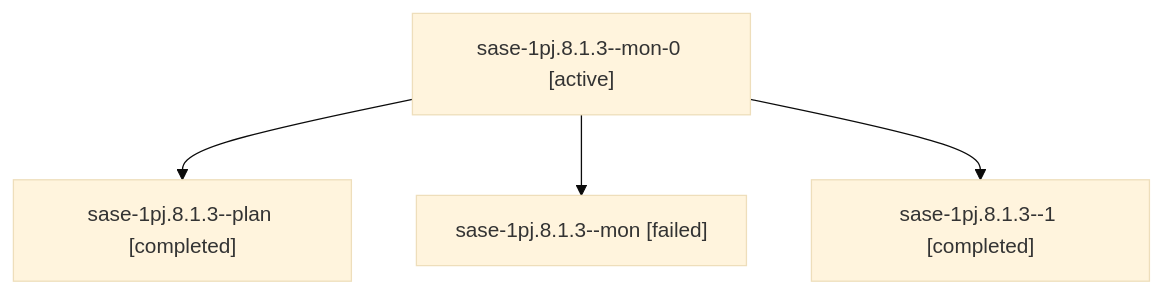
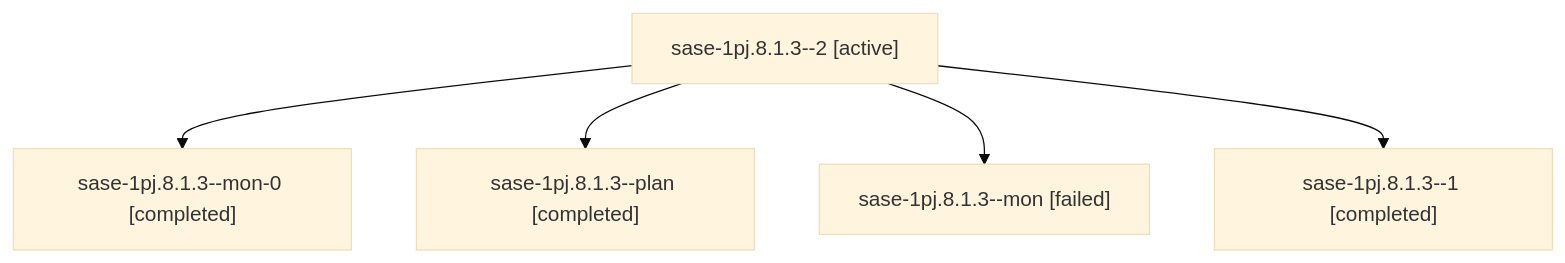
The diagram in sessions/bbugyi200.athena.sase-1pj.8.1.3.md (sase-org/sase--agents), drawn with Mermaid (base theme) before and after one commit. The commit also changed other lines of this file and 200 other files, not shown here.

````diff
--- a/sessions/bbugyi200.athena.sase-1pj.8.1.3.md
+++ b/sessions/bbugyi200.athena.sase-1pj.8.1.3.md
@@ -9,10 +9,12 @@
 ```mermaid
 flowchart TD
-  n0["sase-1pj.8.1.3--mon-0 [active]"]
-  n1["sase-1pj.8.1.3--plan [completed]"]
+  n0["sase-1pj.8.1.3--2 [active]"]
+  n1["sase-1pj.8.1.3--mon-0 [completed]"]
   n0 --> n1
-  n2["sase-1pj.8.1.3--mon [failed]"]
+  n2["sase-1pj.8.1.3--plan [completed]"]
   n0 --> n2
-  n3["sase-1pj.8.1.3--1 [completed]"]
+  n3["sase-1pj.8.1.3--mon [failed]"]
   n0 --> n3
+  n4["sase-1pj.8.1.3--1 [completed]"]
+  n0 --> n4
 ```
````
